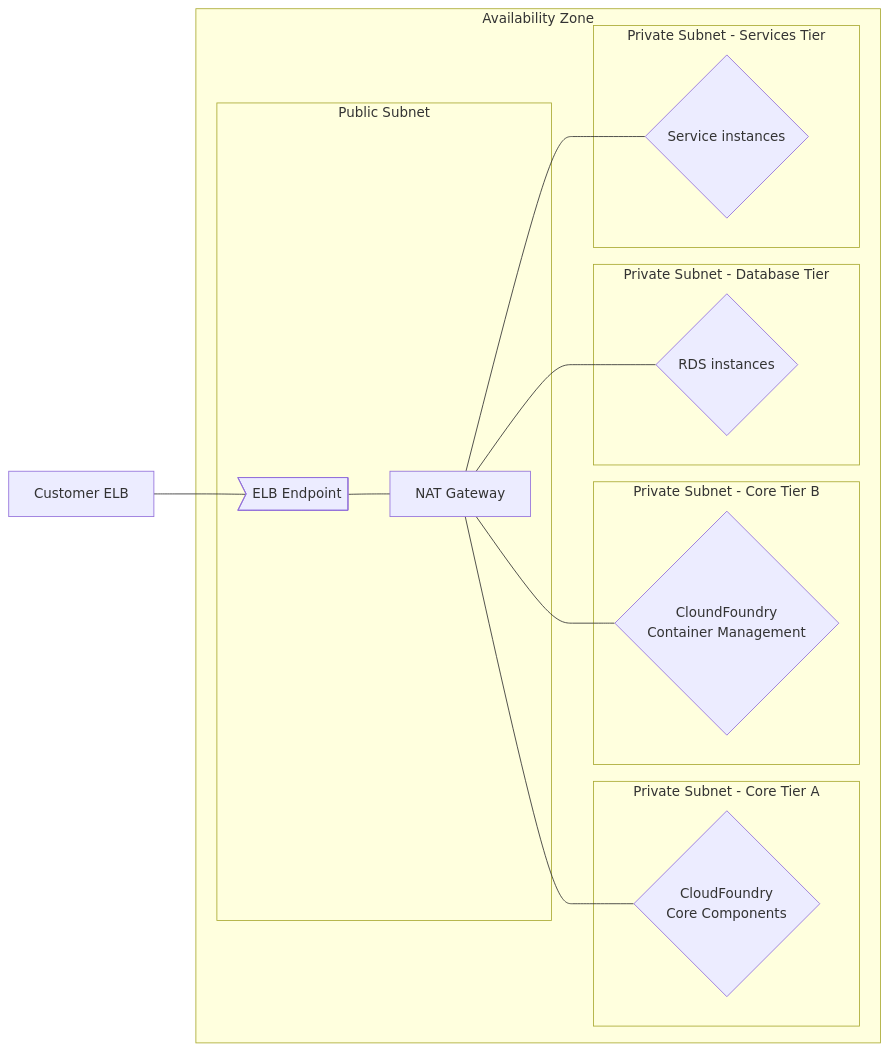
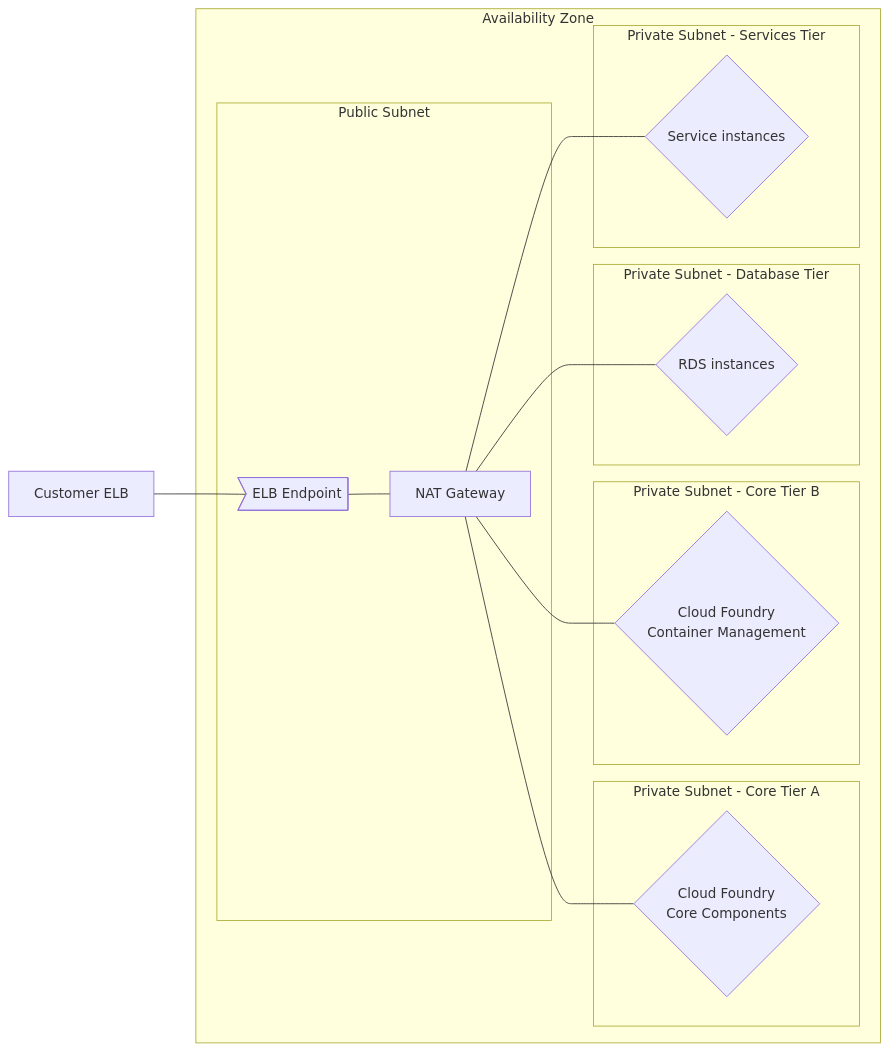
Before and after one commit to cloud-gov/system-diagrams: the diagram in source/diagrams/10-1.2-prod-az.mmd, drawn with Mermaid. The commit also changed 3 other files, not shown here.

```diff
--- a/source/diagrams/10-1.2-prod-az.mmd
+++ b/source/diagrams/10-1.2-prod-az.mmd
@@ -1,30 +1,30 @@
 %% title: 10-1.2 Production Availability Zone
 %% description: Section 10 - System Environment - 10-1.2 Production Availability Zone
 graph LR
   subgraph Availability Zone
     subgraph Public Subnet
       nat["NAT Gateway"]
       elb-endpoint>"ELB Endpoint"]
     end
     subgraph Private Subnet - Core Tier A
-      cf{"CloudFoundry<br>Core Components"}
+      cf{"Cloud Foundry<br>Core Components"}
     end
     subgraph Private Subnet - Core Tier B
-      diego{"CloundFoundry<br>Container Management"}
+      diego{"Cloud Foundry<br>Container Management"}
     end
     subgraph Private Subnet - Database Tier
       rds{"RDS instances"}
     end
     subgraph Private Subnet - Services Tier
       services{"Service instances"}
     end
   end
   apps-elb["Customer ELB"]
 
   apps-elb---elb-endpoint
 
   elb-endpoint---nat
   nat---cf
   nat---diego
   nat---rds
   nat---services
```
